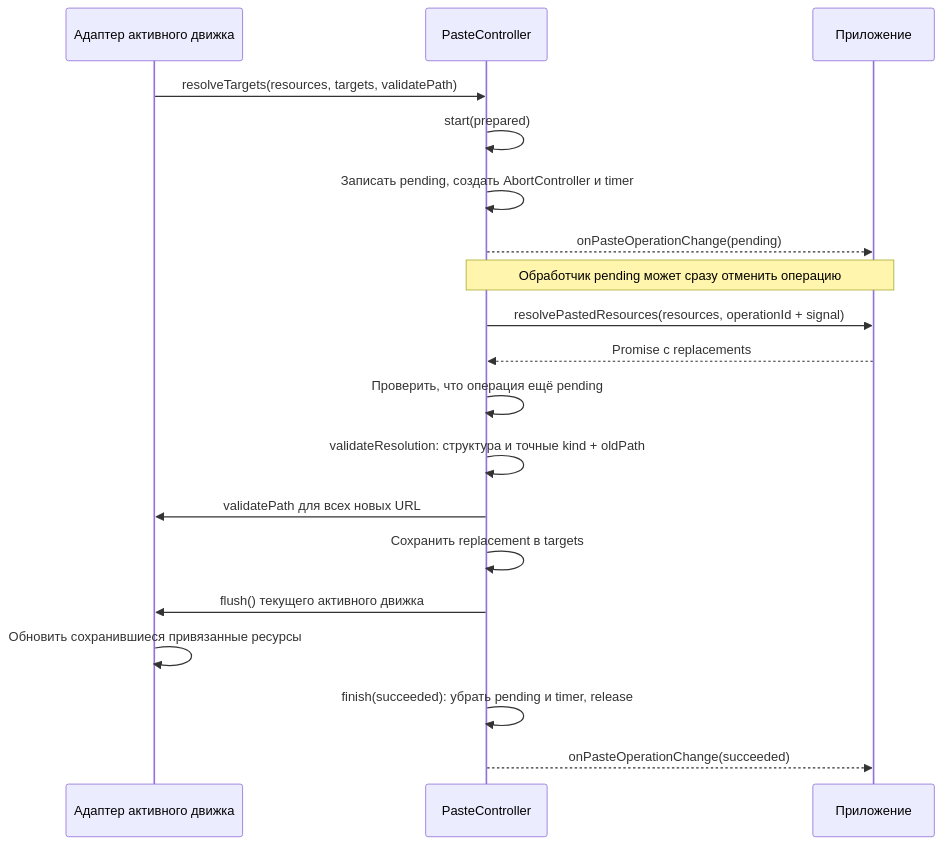
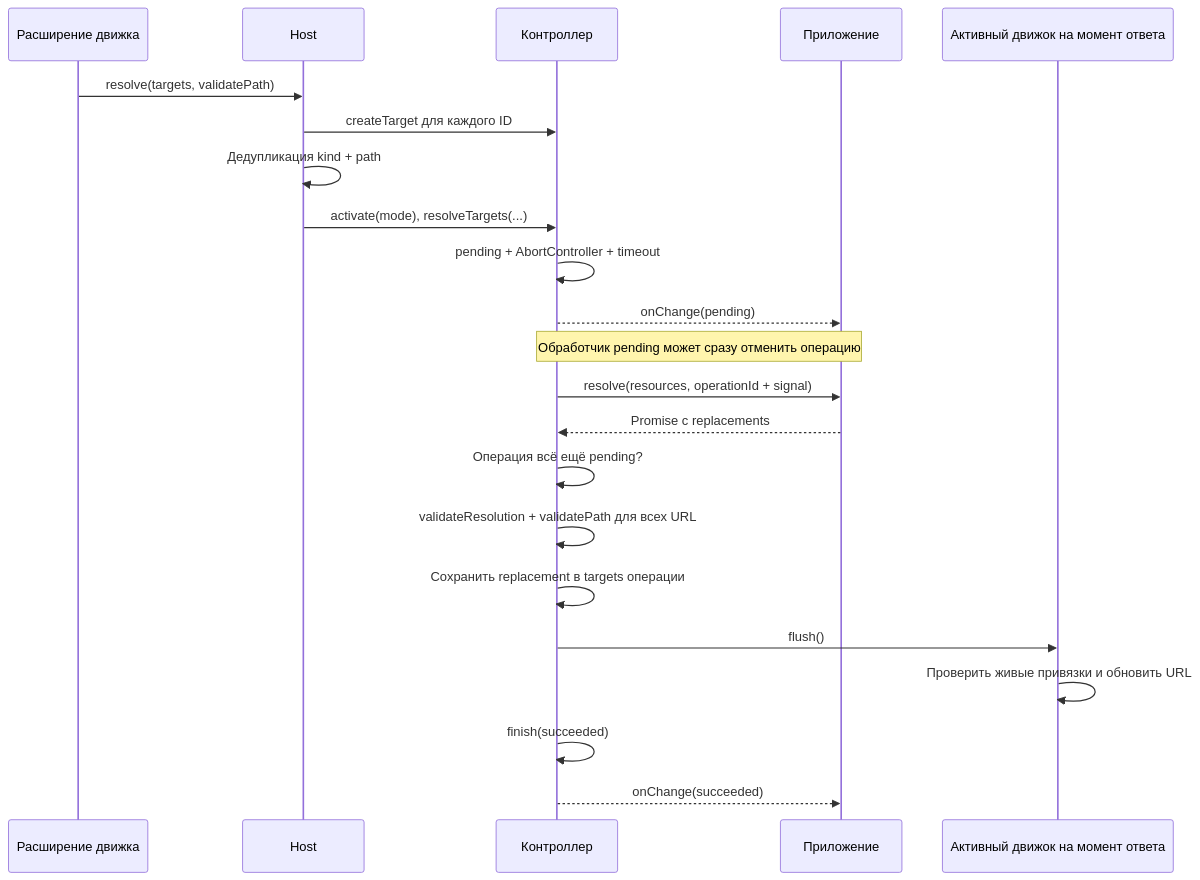
Before and after one commit to gravity-ui/markdown-editor: the fourth of 6 diagrams in docs/pasted-resources-architecture.md, drawn with Mermaid. The commit also changed other lines of this file and 63 other files, not shown here.

````diff
--- a/docs/pasted-resources-architecture.md
+++ b/docs/pasted-resources-architecture.md
@@ -246,21 +642,24 @@
 ```mermaid
 sequenceDiagram
-    participant A as Адаптер активного движка
-    participant C as PasteController
-    participant App as Приложение
-    A->>C: resolveTargets(resources, targets, validatePath)
-    C->>C: start(prepared)
-    C->>C: Записать pending, создать AbortController и timer
-    C-->>App: onPasteOperationChange(pending)
-    Note over C,App: Обработчик pending может сразу отменить операцию
-    C->>App: resolvePastedResources(resources, operationId + signal)
-    App-->>C: Promise с replacements
-    C->>C: Проверить, что операция ещё pending
-    C->>C: validateResolution: структура и точные kind + oldPath
-    C->>A: validatePath для всех новых URL
-    C->>C: Сохранить replacement в targets
-    C->>A: flush() текущего активного движка
-    A->>A: Обновить сохранившиеся привязанные ресурсы
-    C->>C: finish(succeeded): убрать pending и timer, release
-    C-->>App: onPasteOperationChange(succeeded)
+    participant E as Расширение движка
+    participant H as Host
+    participant C as Контроллер
+    participant A as Приложение
+    participant Active as Активный движок на момент ответа
+    E->>H: resolve(targets, validatePath)
+    H->>C: createTarget для каждого ID
+    H->>H: Дедупликация kind + path
+    H->>C: activate(mode), resolveTargets(...)
+    C->>C: pending + AbortController + timeout
+    C-->>A: onChange(pending)
+    Note over C,A: Обработчик pending может сразу отменить операцию
+    C->>A: resolve(resources, operationId + signal)
+    A-->>C: Promise с replacements
+    C->>C: Операция всё ещё pending?
+    C->>C: validateResolution + validatePath для всех URL
+    C->>C: Сохранить replacement в targets операции
+    C->>Active: flush()
+    Active->>Active: Проверить живые привязки и обновить URL
+    C->>C: finish(succeeded)
+    C-->>A: onChange(succeeded)
 ```
````
